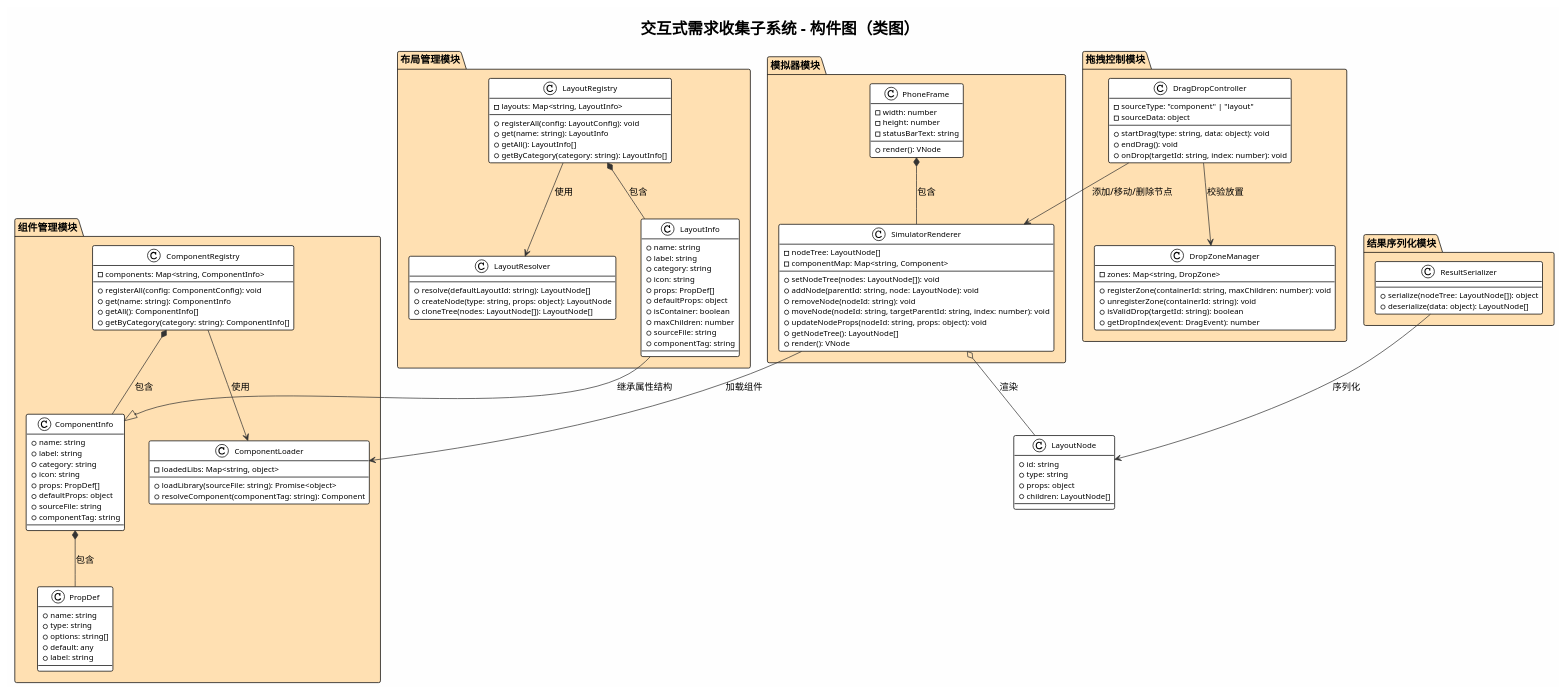
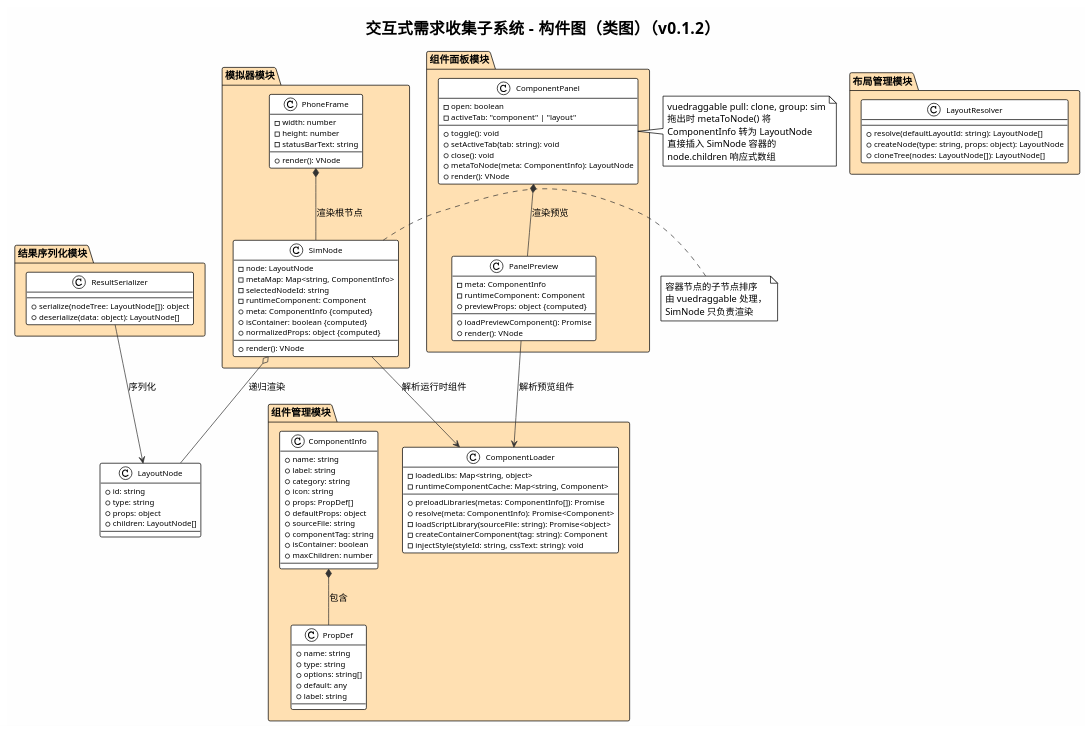
Before and after one commit to 24-Fahed/frontend_requirements_tool: the diagram in docs/images/interactive_class_diagram.puml, drawn with PlantUML. The commit also changed 48 other files, not shown here.

```diff
--- a/docs/images/interactive_class_diagram.puml
+++ b/docs/images/interactive_class_diagram.puml
@@ -1,159 +1,146 @@
 @startuml 交互式需求收集子系统_类图
 !theme plain
 skinparam backgroundColor #FEFEFE
 skinparam defaultFontName SimHei
 skinparam NoteFontName SimHei
 skinparam PackageFontName SimHei
 skinparam ClassFontName SimHei
 skinparam TitleFontName SimHei
 skinparam LegendFontName SimHei
 skinparam ArrowColor #333333
 skinparam ClassFontSize 12
 skinparam ClassAttributeFontSize 11
 skinparam ClassMethodFontSize 11
 
-title 交互式需求收集子系统 - 构件图（类图）
+title 交互式需求收集子系统 - 构件图（类图）（v0.1.2）
 
 ' === 模拟器模块 ===
 package "模拟器模块" as MOD_SIM #FFE0B2 {
 
   class PhoneFrame {
     - width: number
     - height: number
     - statusBarText: string
     + render(): VNode
   }
 
-  class SimulatorRenderer {
-    - nodeTree: LayoutNode[]
-    - componentMap: Map<string, Component>
-    + setNodeTree(nodes: LayoutNode[]): void
-    + addNode(parentId: string, node: LayoutNode): void
-    + removeNode(nodeId: string): void
-    + moveNode(nodeId: string, targetParentId: string, index: number): void
-    + updateNodeProps(nodeId: string, props: object): void
-    + getNodeTree(): LayoutNode[]
+  class SimNode {
+    - node: LayoutNode
+    - metaMap: Map<string, ComponentInfo>
+    - selectedNodeId: string
+    - runtimeComponent: Component
+    + meta: ComponentInfo {computed}
+    + isContainer: boolean {computed}
+    + normalizedProps: object {computed}
     + render(): VNode
   }
 }
 
-' === 拖拽控制模块 ===
-package "拖拽控制模块" as MOD_DRAG #FFE0B2 {
+' === 组件面板模块 ===
+package "组件面板模块" as MOD_PANEL #FFE0B2 {
 
-  class DragDropController {
-    - sourceType: "component" | "layout"
-    - sourceData: object
-    + startDrag(type: string, data: object): void
-    + endDrag(): void
-    + onDrop(targetId: string, index: number): void
+  class ComponentPanel {
+    - open: boolean
+    - activeTab: "component" | "layout"
+    + toggle(): void
+    + setActiveTab(tab: string): void
+    + close(): void
+    + metaToNode(meta: ComponentInfo): LayoutNode
+    + render(): VNode
   }
 
-  class DropZoneManager {
-    - zones: Map<string, DropZone>
-    + registerZone(containerId: string, maxChildren: number): void
-    + unregisterZone(containerId: string): void
-    + isValidDrop(targetId: string): boolean
-    + getDropIndex(event: DragEvent): number
+  class PanelPreview {
+    - meta: ComponentInfo
+    - runtimeComponent: Component
+    + previewProps: object {computed}
+    + loadPreviewComponent(): Promise
+    + render(): VNode
   }
 }
 
 ' === 组件管理模块 ===
 package "组件管理模块" as MOD_COMP #FFE0B2 {
 
-  class ComponentRegistry {
-    - components: Map<string, ComponentInfo>
-    + registerAll(config: ComponentConfig): void
-    + get(name: string): ComponentInfo
-    + getAll(): ComponentInfo[]
-    + getByCategory(category: string): ComponentInfo[]
-  }
-
   class ComponentLoader {
     - loadedLibs: Map<string, object>
-    + loadLibrary(sourceFile: string): Promise<object>
-    + resolveComponent(componentTag: string): Component
+    - runtimeComponentCache: Map<string, Component>
+    + preloadLibraries(metas: ComponentInfo[]): Promise
+    + resolve(meta: ComponentInfo): Promise<Component>
+    - loadScriptLibrary(sourceFile: string): Promise<object>
+    - createContainerComponent(tag: string): Component
+    - injectStyle(styleId: string, cssText: string): void
   }
 
   class ComponentInfo {
     + name: string
     + label: string
     + category: string
     + icon: string
     + props: PropDef[]
     + defaultProps: object
     + sourceFile: string
     + componentTag: string
+    + isContainer: boolean
+    + maxChildren: number
   }
 
   class PropDef {
     + name: string
     + type: string
     + options: string[]
     + default: any
     + label: string
   }
 }
 
 ' === 布局管理模块 ===
 package "布局管理模块" as MOD_LAYOUT #FFE0B2 {
 
-  class LayoutRegistry {
-    - layouts: Map<string, LayoutInfo>
-    + registerAll(config: LayoutConfig): void
-    + get(name: string): LayoutInfo
-    + getAll(): LayoutInfo[]
-    + getByCategory(category: string): LayoutInfo[]
-  }
-
   class LayoutResolver {
     + resolve(defaultLayoutId: string): LayoutNode[]
     + createNode(type: string, props: object): LayoutNode
     + cloneTree(nodes: LayoutNode[]): LayoutNode[]
-  }
-
-  class LayoutInfo {
-    + name: string
-    + label: string
-    + category: string
-    + icon: string
-    + props: PropDef[]
-    + defaultProps: object
-    + isContainer: boolean
-    + maxChildren: number
-    + sourceFile: string
-    + componentTag: string
   }
 }
 
 ' === 结果序列化模块 ===
 package "结果序列化模块" as MOD_SER #FFE0B2 {
 
   class ResultSerializer {
     + serialize(nodeTree: LayoutNode[]): object
     + deserialize(data: object): LayoutNode[]
   }
 }
 
 ' === 通用数据类 ===
 class LayoutNode {
   + id: string
   + type: string
   + props: object
   + children: LayoutNode[]
 }
 
 ' === 关系 ===
-PhoneFrame *-- SimulatorRenderer : 包含
-SimulatorRenderer o-- LayoutNode : 渲染
-SimulatorRenderer --> ComponentLoader : 加载组件
-DragDropController --> DropZoneManager : 校验放置
-DragDropController --> SimulatorRenderer : 添加/移动/删除节点
-ComponentRegistry *-- ComponentInfo : 包含
+PhoneFrame *-- SimNode : 渲染根节点
+SimNode o-- LayoutNode : 递归渲染
+SimNode --> ComponentLoader : 解析运行时组件
+ComponentPanel *-- PanelPreview : 渲染预览
+PanelPreview --> ComponentLoader : 解析预览组件
 ComponentInfo *-- PropDef : 包含
-ComponentRegistry --> ComponentLoader : 使用
-LayoutRegistry *-- LayoutInfo : 包含
-LayoutInfo --|> ComponentInfo : 继承属性结构
-LayoutRegistry --> LayoutResolver : 使用
 ResultSerializer --> LayoutNode : 序列化
 
+note right of SimNode
+  容器节点的子节点排序
+  由 vuedraggable 处理，
+  SimNode 只负责渲染
+end note
+
+note right of ComponentPanel
+  vuedraggable pull: clone, group: sim
+  拖出时 metaToNode() 将
+  ComponentInfo 转为 LayoutNode
+  直接插入 SimNode 容器的
+  node.children 响应式数组
+end note
+
 @enduml
```
